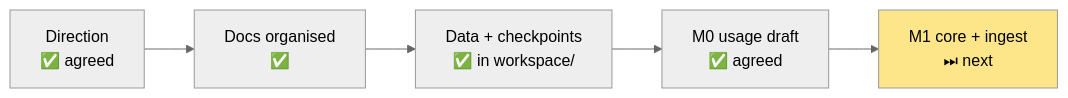
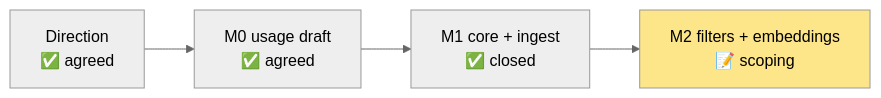
The diagram in dev/notes/state.md (cupcakes04/Rin), drawn with Mermaid (neutral theme) before and after one commit. The commit also changed other lines of this file and 36 other files, not shown here.

````diff
--- a/dev/notes/state.md
+++ b/dev/notes/state.md
@@ -9,5 +9,5 @@
 ```mermaid
 flowchart LR
-    A["Direction<br/>✅ agreed"] --> B["Docs organised<br/>✅"] --> C["Data + checkpoints<br/>✅ in workspace/"] --> D["M0 usage draft<br/>✅ agreed"] --> E["M1 core + ingest<br/>⏭ next"]
-    style E fill:#fde68a,color:#000
+    A["Direction<br/>✅ agreed"] --> D["M0 usage draft<br/>✅ agreed"] --> E["M1 core + ingest<br/>✅ closed"] --> F["M2 filters + embeddings<br/>📝 scoping"]
+    style F fill:#fde68a,color:#000
 ```
````
